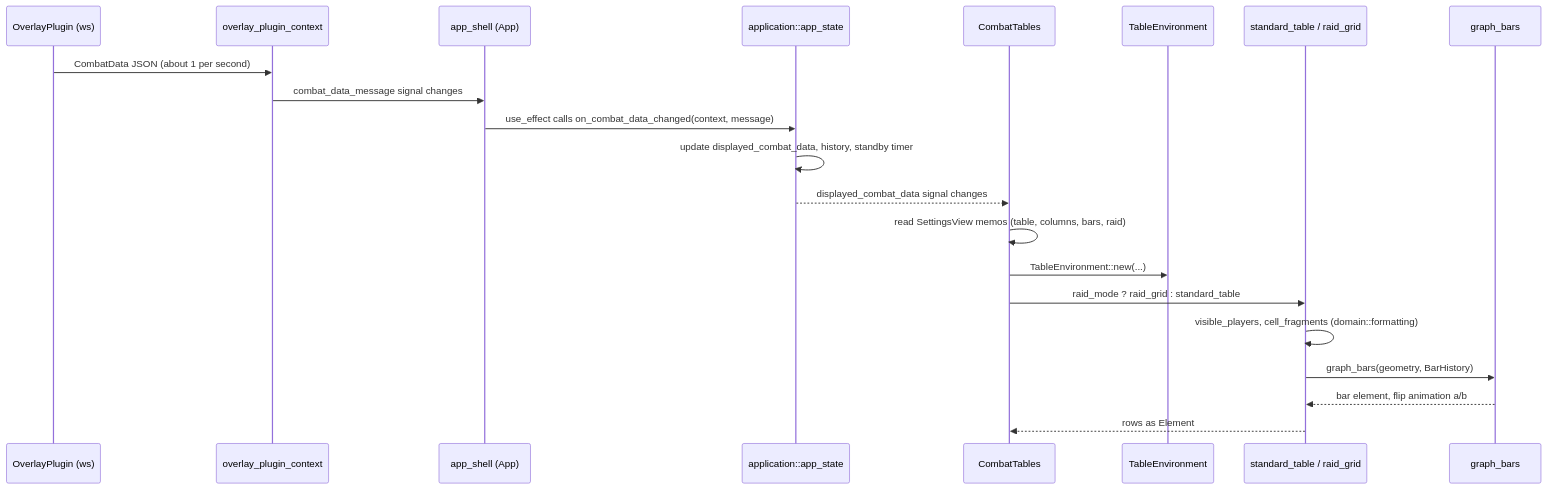
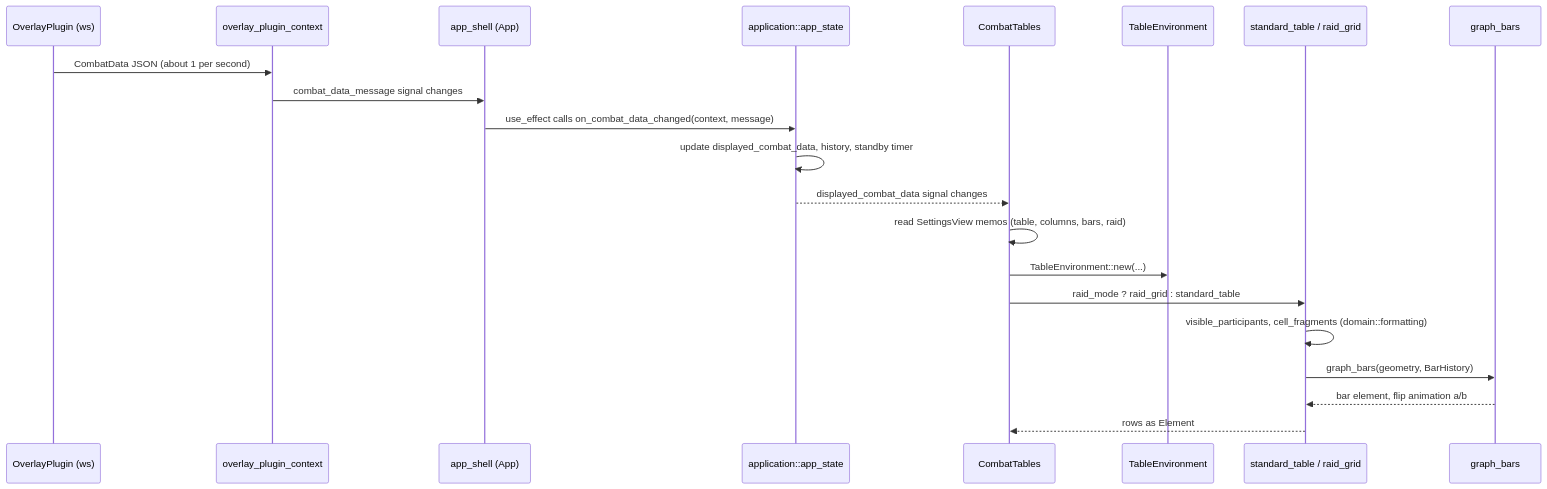
The eighth of 9 diagrams in docs/uml/README.md (vietchinh/mopimopi-rs), drawn with Mermaid before and after one commit. The commit also changed other lines of this file and 55 other files, not shown here.

````diff
--- a/docs/uml/README.md
+++ b/docs/uml/README.md
@@ -415,23 +415,23 @@
 ```mermaid
 sequenceDiagram
   participant ACT as OverlayPlugin (ws)
   participant Conn as overlay_plugin_context
   participant App as app_shell (App)
   participant State as application::app_state
   participant CT as CombatTables
   participant Env as TableEnvironment
   participant Tbl as standard_table / raid_grid
   participant Bars as graph_bars
   ACT->>Conn: CombatData JSON (about 1 per second)
   Conn->>App: combat_data_message signal changes
   App->>State: use_effect calls on_combat_data_changed(context, message)
   State->>State: update displayed_combat_data, history, standby timer
   State-->>CT: displayed_combat_data signal changes
   CT->>CT: read SettingsView memos (table, columns, bars, raid)
   CT->>Env: TableEnvironment::new(...)
   CT->>Tbl: raid_mode ? raid_grid : standard_table
-  Tbl->>Tbl: visible_players, cell_fragments (domain::formatting)
+  Tbl->>Tbl: visible_participants, cell_fragments (domain::formatting)
   Tbl->>Bars: graph_bars(geometry, BarHistory)
   Bars-->>Tbl: bar element, flip animation a/b
   Tbl-->>CT: rows as Element
 ```
````
